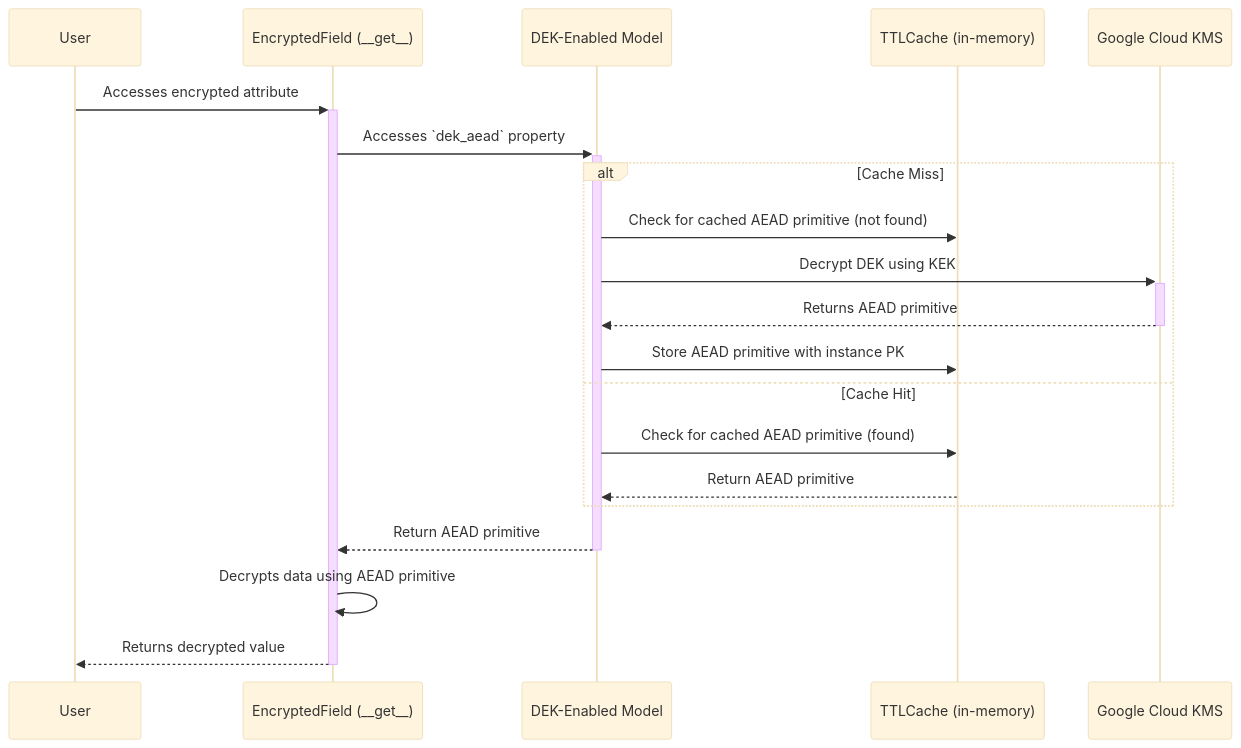
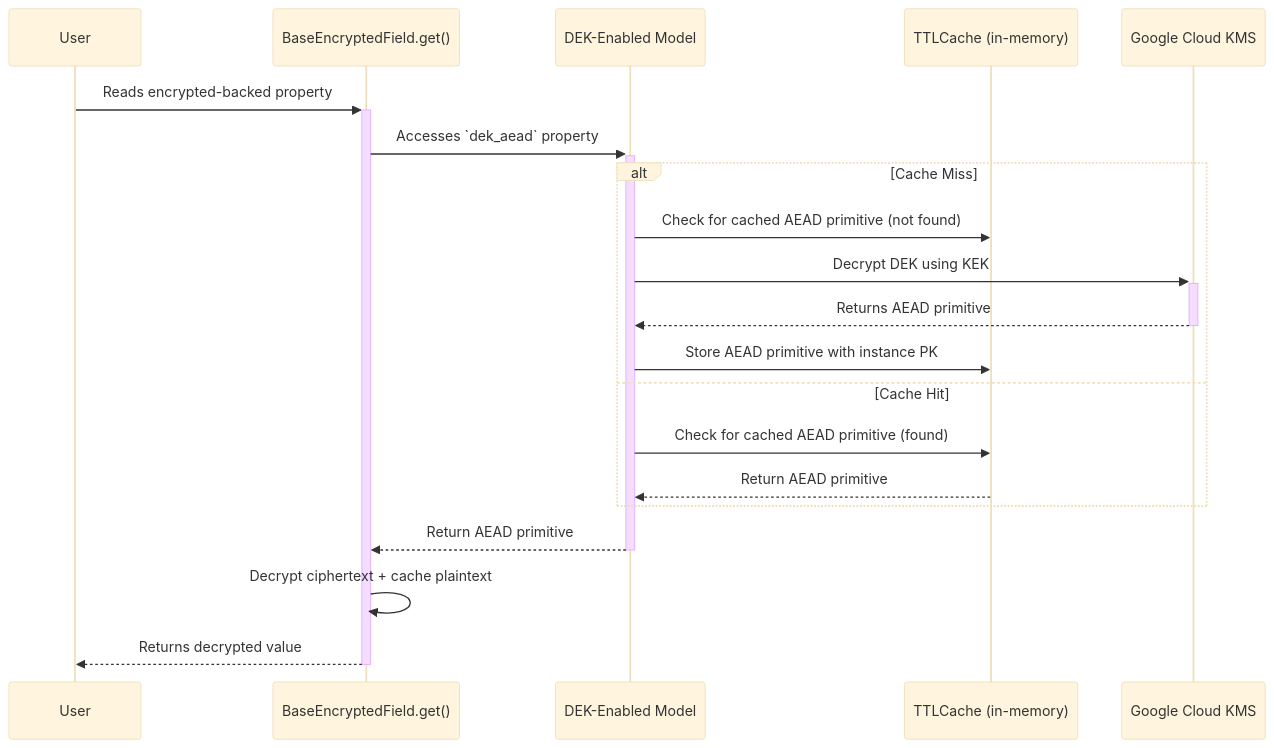
Before and after one commit to ocadotechnology/codeforlife-package-python: the seventh of 8 diagrams in docs/client-side-encryption.md, drawn with Mermaid (base theme). The commit also changed other lines of this file and 3 other files, not shown here.

````diff
--- a/docs/client-side-encryption.md
+++ b/docs/client-side-encryption.md
@@ -372,23 +432,23 @@
 ```mermaid
 sequenceDiagram
     participant User
-    participant EncryptedField as EncryptedField (__get__)
+    participant GetHelper as BaseEncryptedField.get()
     participant DEKEnabledModel as DEK-Enabled Model
     participant DEK_AEAD_CACHE as TTLCache (in-memory)
     participant KMS as Google Cloud KMS
 
-    User->>+EncryptedField: Accesses encrypted attribute
-    EncryptedField->>+DEKEnabledModel: Accesses `dek_aead` property
+    User->>+GetHelper: Reads encrypted-backed property
+    GetHelper->>+DEKEnabledModel: Accesses `dek_aead` property
     alt Cache Miss
         DEKEnabledModel->>DEK_AEAD_CACHE: Check for cached AEAD primitive (not found)
         DEKEnabledModel->>+KMS: Decrypt DEK using KEK
         KMS-->>-DEKEnabledModel: Returns AEAD primitive
         DEKEnabledModel->>DEK_AEAD_CACHE: Store AEAD primitive with instance PK
     else Cache Hit
         DEKEnabledModel->>DEK_AEAD_CACHE: Check for cached AEAD primitive (found)
         DEK_AEAD_CACHE-->>DEKEnabledModel: Return AEAD primitive
     end
-    DEKEnabledModel-->>-EncryptedField: Return AEAD primitive
-    EncryptedField->>EncryptedField: Decrypts data using AEAD primitive
-    EncryptedField-->>-User: Returns decrypted value
+    DEKEnabledModel-->>-GetHelper: Return AEAD primitive
+    GetHelper->>GetHelper: Decrypt ciphertext + cache plaintext
+    GetHelper-->>-User: Returns decrypted value
 ```
````
